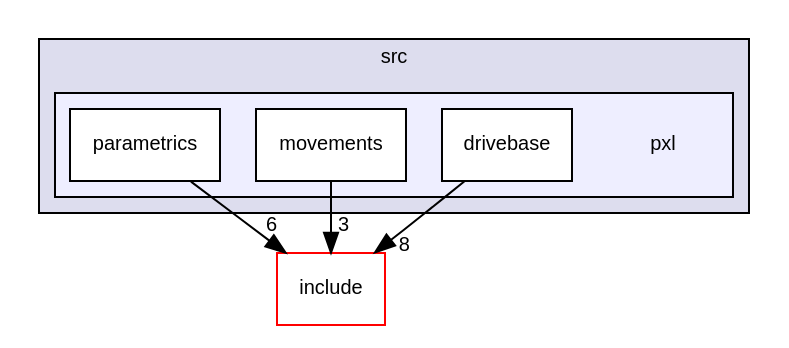
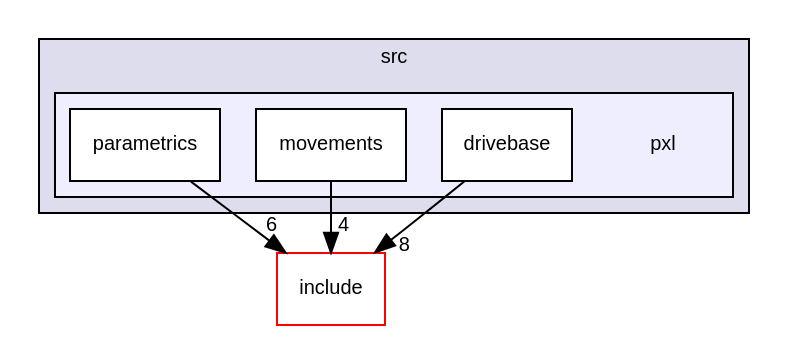
The diagram in dir_87a857eff530ad659c1a04633acb58d5_dep.dot (Pixel-Lib/Pixel), drawn with Graphviz before and after one commit. The commit also changed 124 other files, not shown here.

```diff
--- a/dir_87a857eff530ad659c1a04633acb58d5_dep.dot
+++ b/dir_87a857eff530ad659c1a04633acb58d5_dep.dot
@@ -1,19 +1,19 @@
 digraph "src/pxl" {
   compound=true
   node [ fontsize="10", fontname="Helvetica"];
   edge [ labelfontsize="10", labelfontname="Helvetica"];
   subgraph clusterdir_68267d1309a1af8e8297ef4c3efbcdba {
     graph [ bgcolor="#ddddee", pencolor="black", label="src" fontname="Helvetica", fontsize="10", URL="dir_68267d1309a1af8e8297ef4c3efbcdba.html"]
   subgraph clusterdir_87a857eff530ad659c1a04633acb58d5 {
     graph [ bgcolor="#eeeeff", pencolor="black", label="" URL="dir_87a857eff530ad659c1a04633acb58d5.html"];
     dir_87a857eff530ad659c1a04633acb58d5 [shape=plaintext label="pxl"];
   dir_e919bc17ba6dd875156a1492c2b92224 [shape=box label="drivebase" fillcolor="white" style="filled" URL="dir_e919bc17ba6dd875156a1492c2b92224.html"];
   dir_da6b542a4b13fc055b1c444658d69961 [shape=box label="movements" fillcolor="white" style="filled" URL="dir_da6b542a4b13fc055b1c444658d69961.html"];
   dir_5268b233717f10508878cca84d25b979 [shape=box label="parametrics" fillcolor="white" style="filled" URL="dir_5268b233717f10508878cca84d25b979.html"];
   }
   }
   dir_d44c64559bbebec7f509842c48db8b23 [shape=box label="include" fillcolor="white" style="filled" color="red" URL="dir_d44c64559bbebec7f509842c48db8b23.html"];
-  dir_da6b542a4b13fc055b1c444658d69961->dir_d44c64559bbebec7f509842c48db8b23 [headlabel="3", labeldistance=1.5 headhref="dir_000007_000000.html"];
+  dir_da6b542a4b13fc055b1c444658d69961->dir_d44c64559bbebec7f509842c48db8b23 [headlabel="4", labeldistance=1.5 headhref="dir_000007_000000.html"];
   dir_5268b233717f10508878cca84d25b979->dir_d44c64559bbebec7f509842c48db8b23 [headlabel="6", labeldistance=1.5 headhref="dir_000008_000000.html"];
   dir_e919bc17ba6dd875156a1492c2b92224->dir_d44c64559bbebec7f509842c48db8b23 [headlabel="8", labeldistance=1.5 headhref="dir_000006_000000.html"];
 }
```
